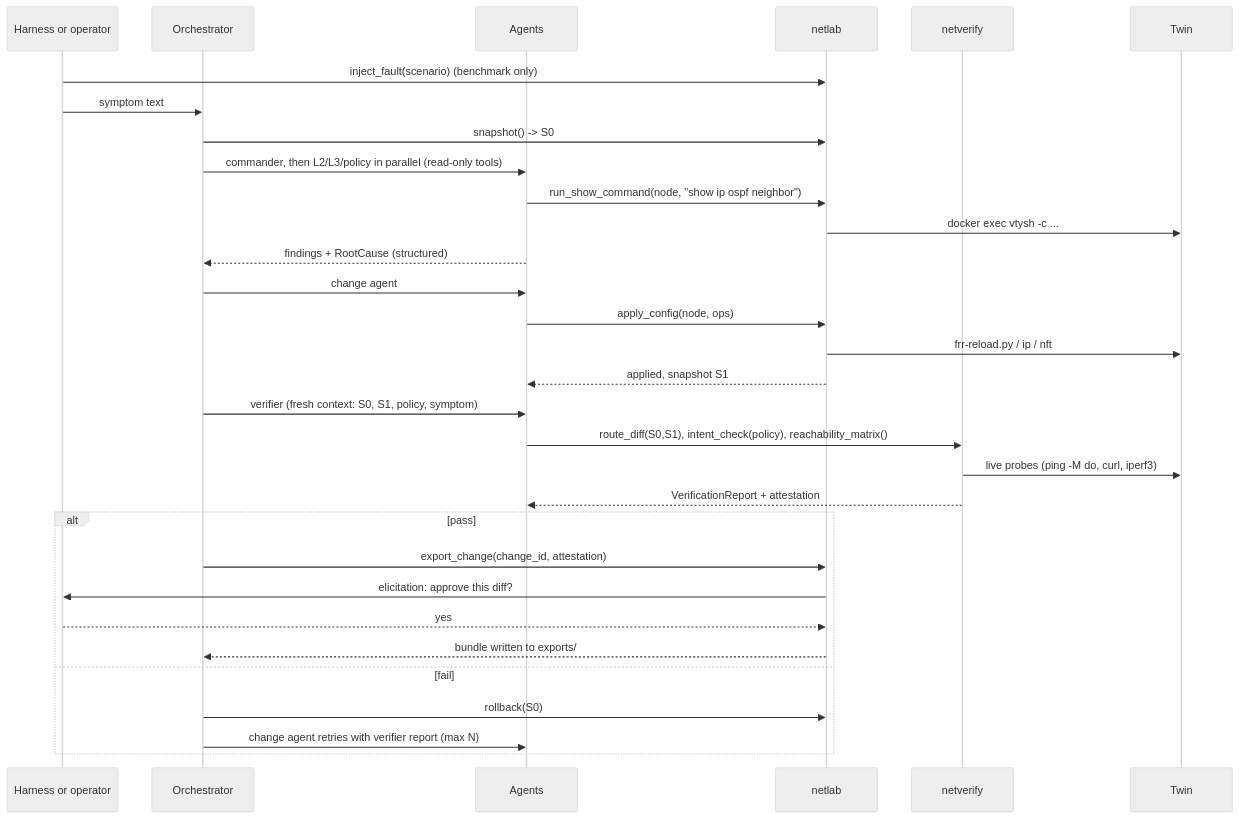
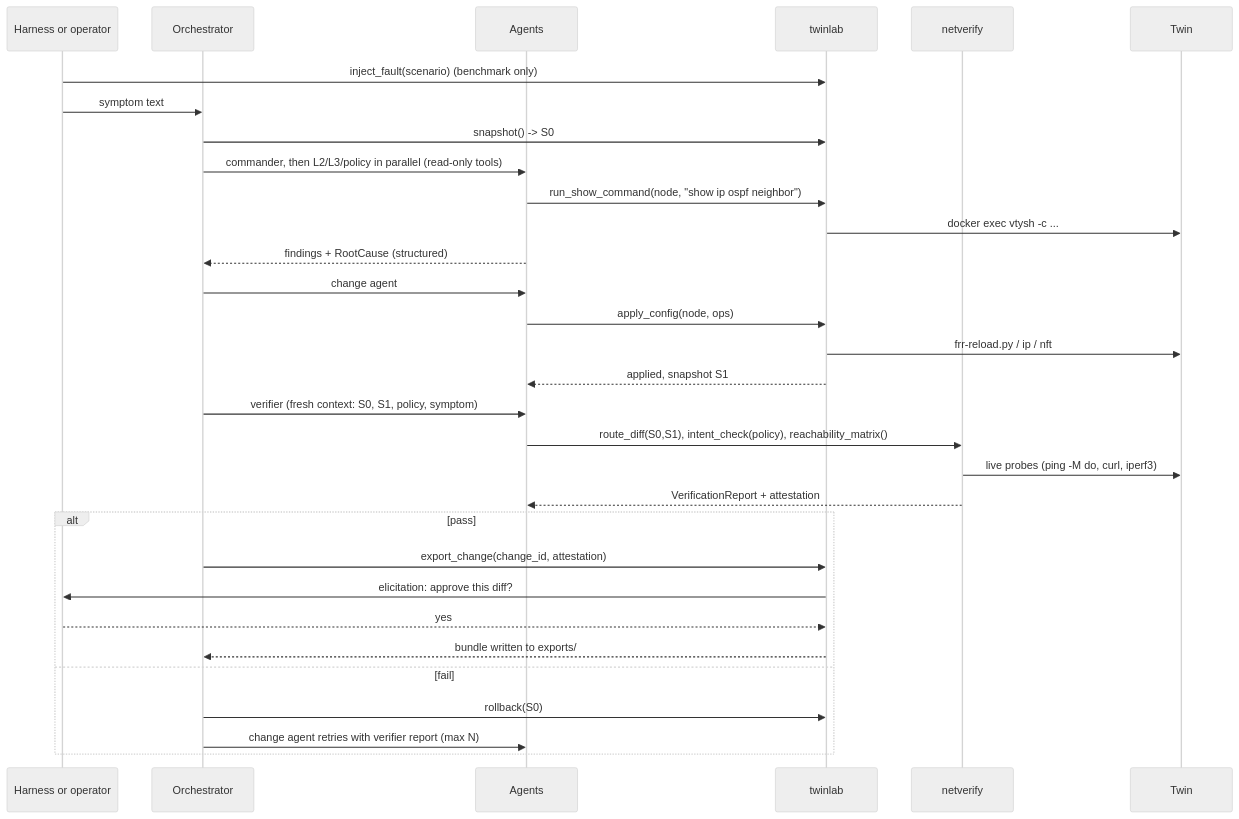
Before and after one commit to sramireddy2/NetTwin: the second of 2 diagrams in docs/design.md, drawn with Mermaid (neutral theme). The commit also changed other lines of this file and 1 other file, not shown here.

First line of the commit message:
docs(design): name the twin server twinlab throughout (#18)

````diff
--- a/docs/design.md
+++ b/docs/design.md
@@ -61,33 +61,33 @@
 ```mermaid
 sequenceDiagram
   participant H as Harness or operator
   participant O as Orchestrator
   participant A as Agents
-  participant NL as netlab
+  participant NL as twinlab
   participant NV as netverify
   participant T as Twin
   H->>NL: inject_fault(scenario) (benchmark only)
   H->>O: symptom text
   O->>NL: snapshot() -> S0
   O->>A: commander, then L2/L3/policy in parallel (read-only tools)
   A->>NL: run_show_command(node, "show ip ospf neighbor")
   NL->>T: docker exec vtysh -c ...
   A-->>O: findings + RootCause (structured)
   O->>A: change agent
   A->>NL: apply_config(node, ops)
   NL->>T: frr-reload.py / ip / nft
   NL-->>A: applied, snapshot S1
   O->>A: verifier (fresh context: S0, S1, policy, symptom)
   A->>NV: route_diff(S0,S1), intent_check(policy), reachability_matrix()
   NV->>T: live probes (ping -M do, curl, iperf3)
   NV-->>A: VerificationReport + attestation
   alt pass
     O->>NL: export_change(change_id, attestation)
     NL->>H: elicitation: approve this diff?
     H-->>NL: yes
     NL-->>O: bundle written to exports/
   else fail
     O->>NL: rollback(S0)
     O->>A: change agent retries with verifier report (max N)
   end
 ```
````
